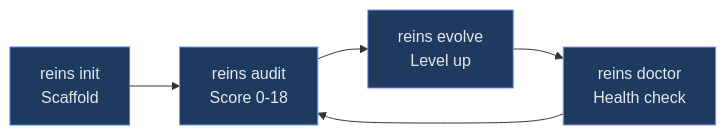
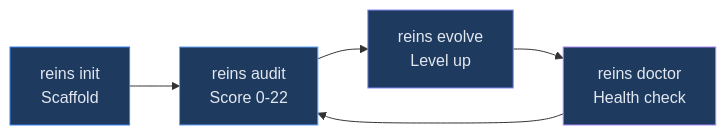
Before and after one commit to WellDunDun/reins: the second of 4 diagrams in README.md, drawn with Mermaid. The commit also changed other lines of this file and 23 other files, not shown here.

````diff
--- a/README.md
+++ b/README.md
@@ -143,12 +143,12 @@
 ```mermaid
 graph LR
-    Init["reins init\nScaffold"] --> Audit["reins audit\nScore 0-18"]
+    Init["reins init\nScaffold"] --> Audit["reins audit\nScore 0-22"]
     Audit --> Evolve["reins evolve\nLevel up"]
     Evolve --> Doctor["reins doctor\nHealth check"]
     Doctor --> Audit
 
     style Init fill:#1e3a5f,stroke:#3b82f6,color:#e2e8f0
     style Audit fill:#1e3a5f,stroke:#60a5fa,color:#e2e8f0
     style Evolve fill:#1e3a5f,stroke:#818cf8,color:#e2e8f0
     style Doctor fill:#1e3a5f,stroke:#a78bfa,color:#e2e8f0
 ```
````
